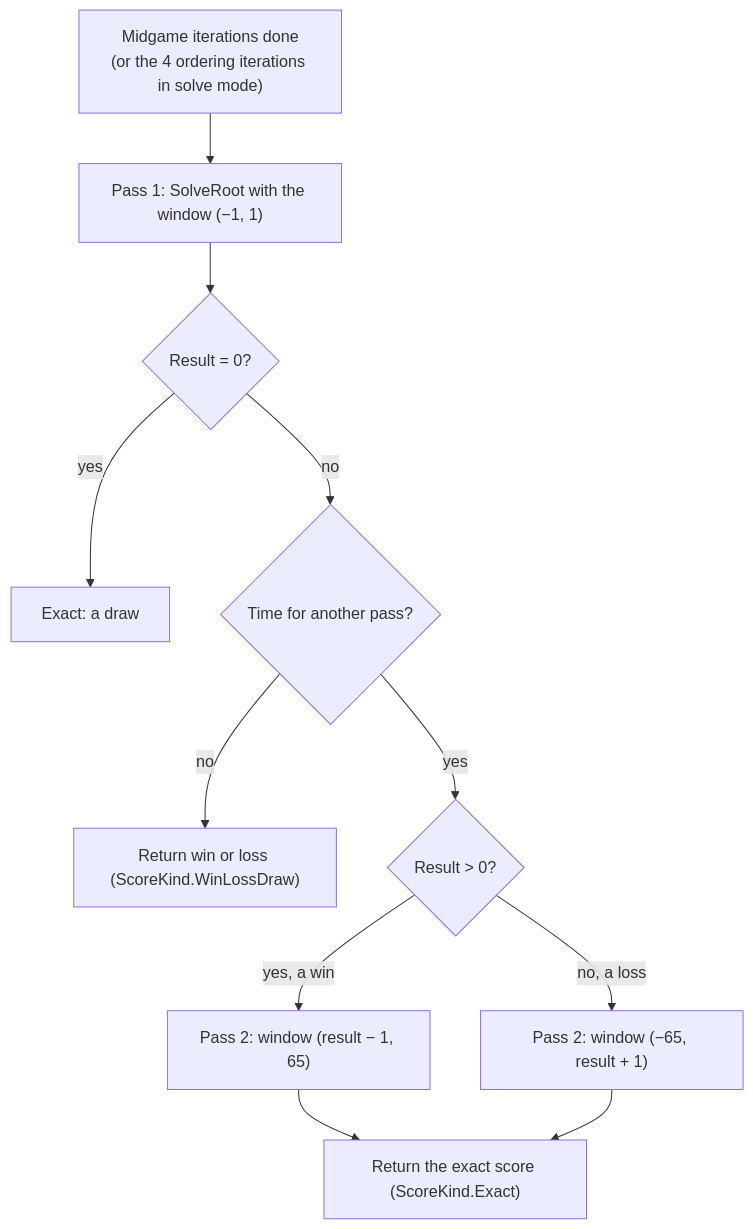
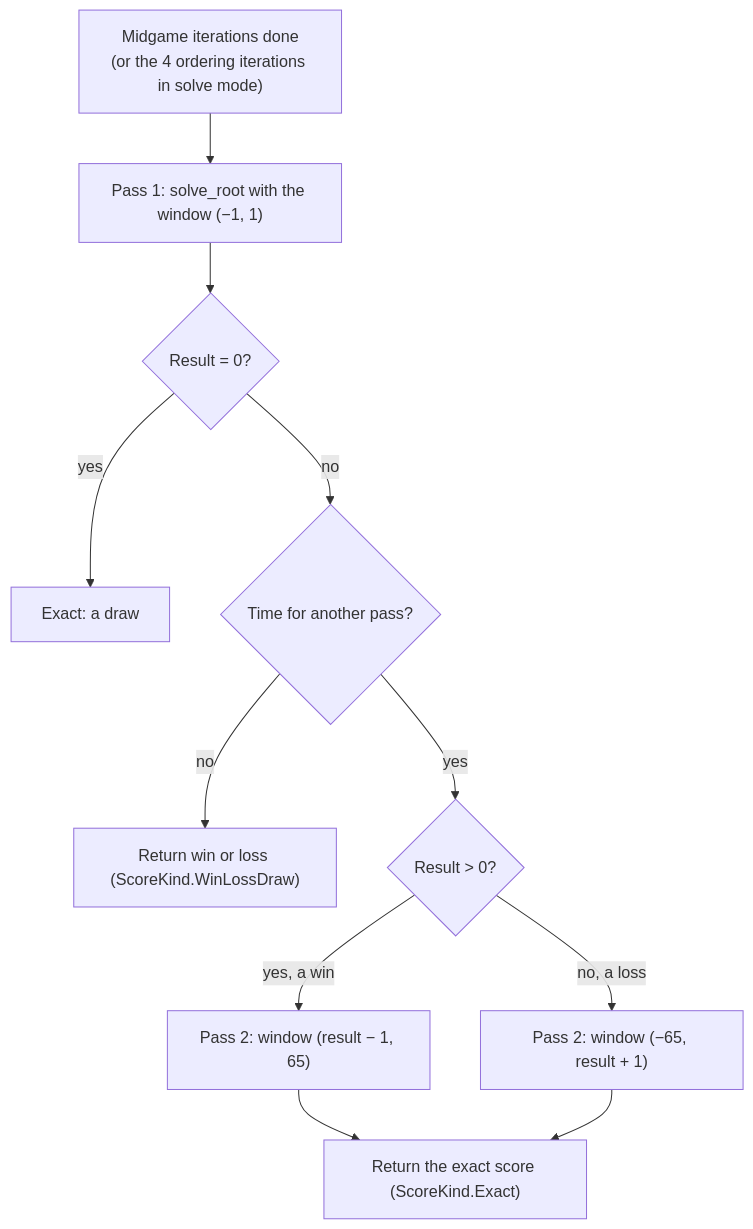
The first of 2 diagrams in docs/08-endgame-solver.md (cjp-dev/Stello), drawn with Mermaid before and after one commit. The commit also changed other lines of this file and 26 other files, not shown here.

````diff
--- a/docs/08-endgame-solver.md
+++ b/docs/08-endgame-solver.md
@@ -67,13 +76,13 @@
 ```mermaid
 flowchart TD
-    Start["Midgame iterations done<br/>(or the 4 ordering iterations in solve mode)"] --> WLD["Pass 1: SolveRoot with the window (−1, 1)"]
+    Start["Midgame iterations done<br/>(or the 4 ordering iterations in solve mode)"] --> WLD["Pass 1: solve_root with the window (−1, 1)"]
     WLD --> Draw{"Result = 0?"}
     Draw -- "yes" --> DrawDone["Exact: a draw"]
     Draw -- "no" --> Time{"Time for another pass?"}
     Time -- "no" --> WLDDone["Return win or loss (ScoreKind.WinLossDraw)"]
     Time -- "yes" --> Win{"Result > 0?"}
     Win -- "yes, a win" --> WinWin["Pass 2: window (result − 1, 65)"]
     Win -- "no, a loss" --> LossWin["Pass 2: window (−65, result + 1)"]
     WinWin --> Exact["Return the exact score (ScoreKind.Exact)"]
     LossWin --> Exact
 ```
````
